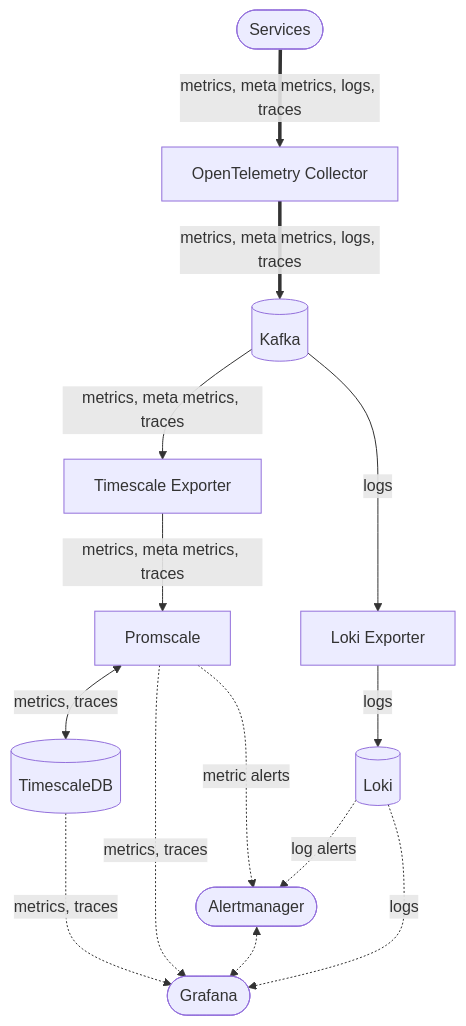
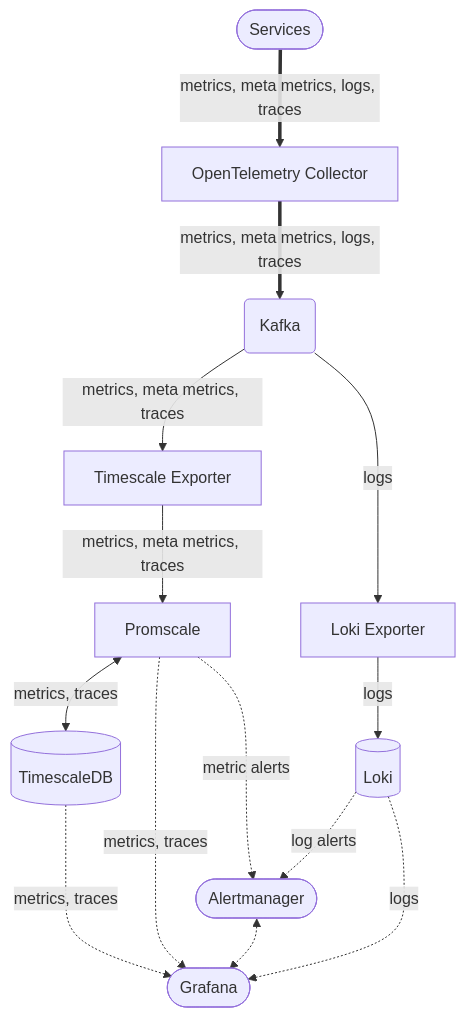
One commit to lhns/otel-stack-swarm changed the diagram in README.md. Above: the diagram before and after it, drawn with Mermaid.

````diff
--- a/README.md
+++ b/README.md
@@ -3,20 +3,20 @@
 ```mermaid
 flowchart TD
     services([Services])
     otel-collector[OpenTelemetry Collector]
-    kafka[(Kafka)]
+    kafka(Kafka)
     timescale-exporter[Timescale Exporter]
     promscale[Promscale]
     timescaledb[(TimescaleDB)]
     alertmanager([Alertmanager])
     loki-exporter[Loki Exporter]
     loki[(Loki)]
     grafana([Grafana])
     services ==>|metrics, meta metrics, logs, traces| otel-collector ==>|metrics, meta metrics, logs, traces| kafka
     promscale <-->|metrics, traces| timescaledb -..->|metrics, traces| grafana
     kafka -->|metrics, meta metrics, traces| timescale-exporter -->|metrics, meta metrics, traces| promscale -.->|metrics, traces| grafana
     loki -.->|log alerts| alertmanager
     promscale -.->|metric alerts| alertmanager
     alertmanager <-.-> grafana
     kafka -->|logs| loki-exporter -->|logs| loki -.->|logs| grafana
 ```
````
